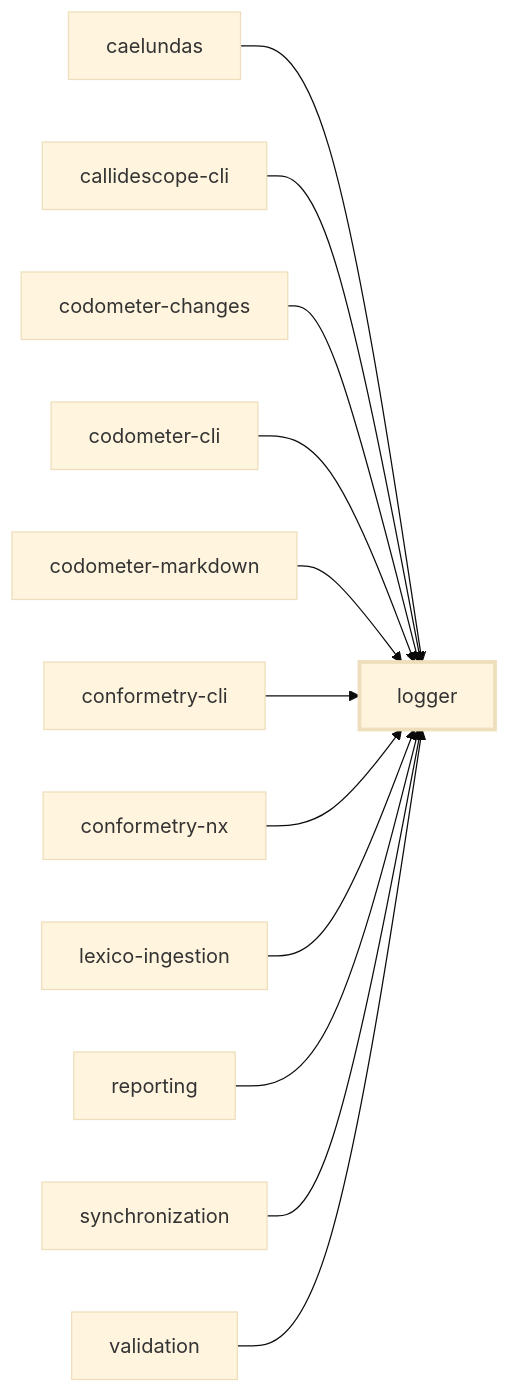
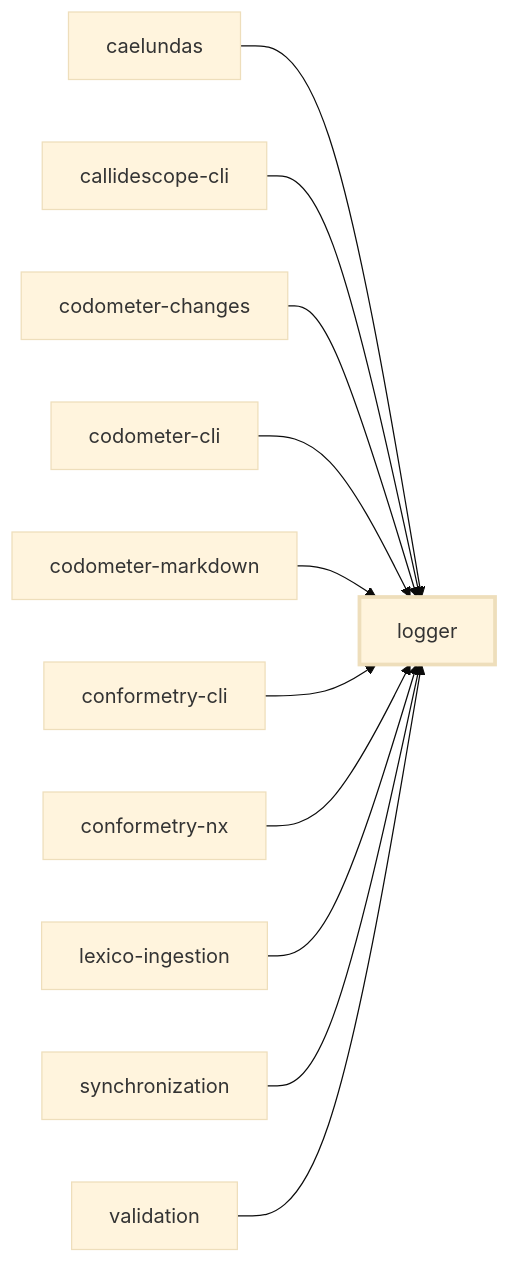
One commit to JimmyPaolini/codebase changed the first of 2 diagrams in packages/logger/README.md. Above: the diagram before and after it, drawn with Mermaid (base theme). The commit also changed 55 other files, not shown here.

````diff
--- a/packages/logger/README.md
+++ b/packages/logger/README.md
@@ -77,28 +77,26 @@
 ```mermaid
 flowchart LR
   caelundas["caelundas"]
   callidescope_cli["callidescope-cli"]
   codometer_changes["codometer-changes"]
   codometer_cli["codometer-cli"]
   codometer_markdown["codometer-markdown"]
   conformetry_cli["conformetry-cli"]
   conformetry_nx["conformetry-nx"]
   lexico_ingestion["lexico-ingestion"]
   logger["logger"]
-  reporting["reporting"]
   synchronization["synchronization"]
   validation["validation"]
   caelundas --> logger
   callidescope_cli --> logger
   codometer_changes --> logger
   codometer_cli --> logger
   codometer_markdown --> logger
   conformetry_cli --> logger
   conformetry_nx --> logger
   lexico_ingestion --> logger
-  reporting --> logger
   synchronization --> logger
   validation --> logger
   classDef subject stroke-width:3px
   class logger subject
 ```
````
